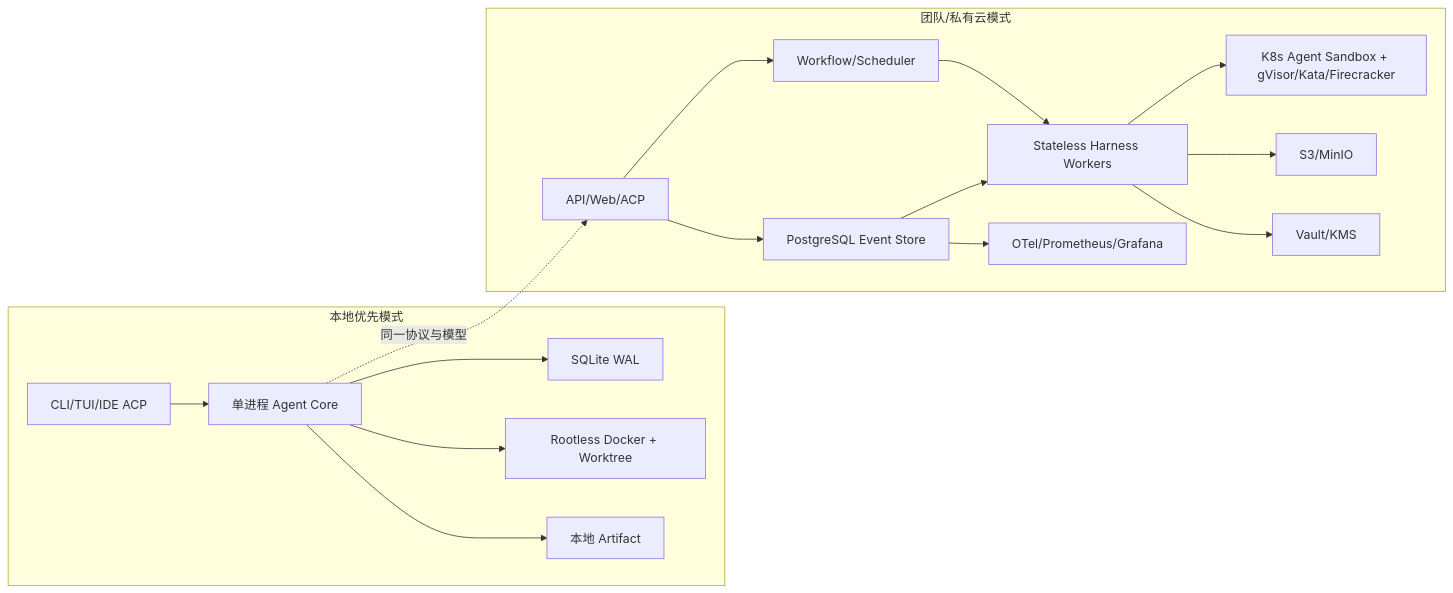
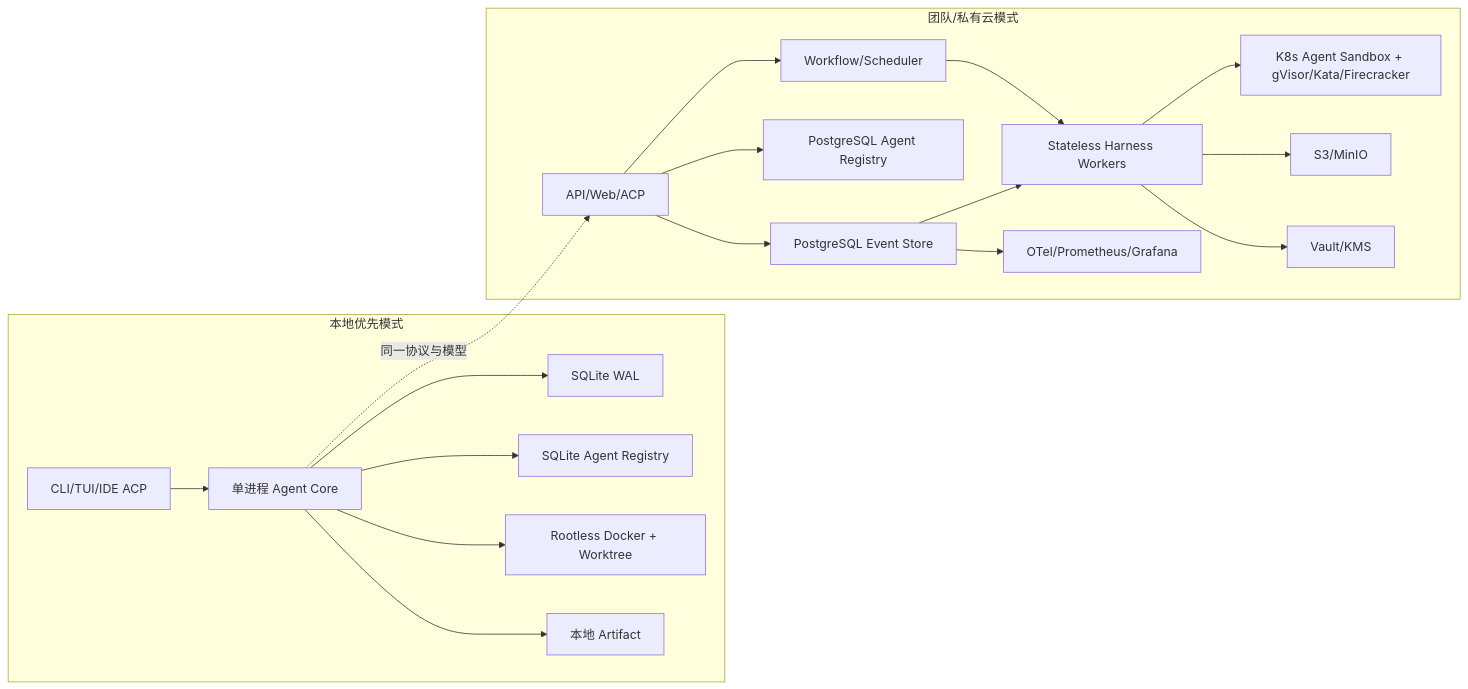
Before and after one commit to LogicStormINC/zebra: the seventh of 7 diagrams in docs/Codex-like工程Agent平台最终架构设计_v1.0.md, drawn with Mermaid. The commit also changed other lines of this file and 6 other files, not shown here.

````diff
--- a/docs/Codex-like工程Agent平台最终架构设计_v1.0.md
+++ b/docs/Codex-like工程Agent平台最终架构设计_v1.0.md
@@ -1226,20 +1261,22 @@
 ```mermaid
 flowchart LR
     subgraph Local[本地优先模式]
       L1[CLI/TUI/IDE ACP] --> L2[单进程 Agent Core]
       L2 --> L3[SQLite WAL]
+      L2 --> L6[SQLite Agent Registry]
       L2 --> L4[Rootless Docker + Worktree]
       L2 --> L5[本地 Artifact]
     end
     subgraph Cloud[团队/私有云模式]
       C1[API/Web/ACP] --> C2[PostgreSQL Event Store]
+      C1 --> C9[PostgreSQL Agent Registry]
       C1 --> C3[Workflow/Scheduler]
       C3 --> C4[Stateless Harness Workers]
       C2 --> C4
       C4 --> C5[K8s Agent Sandbox + gVisor/Kata/Firecracker]
       C4 --> C6[S3/MinIO]
       C4 --> C7[Vault/KMS]
       C2 --> C8[OTel/Prometheus/Grafana]
     end
     L2 -. 同一协议与模型 .-> C1
 ```
````
